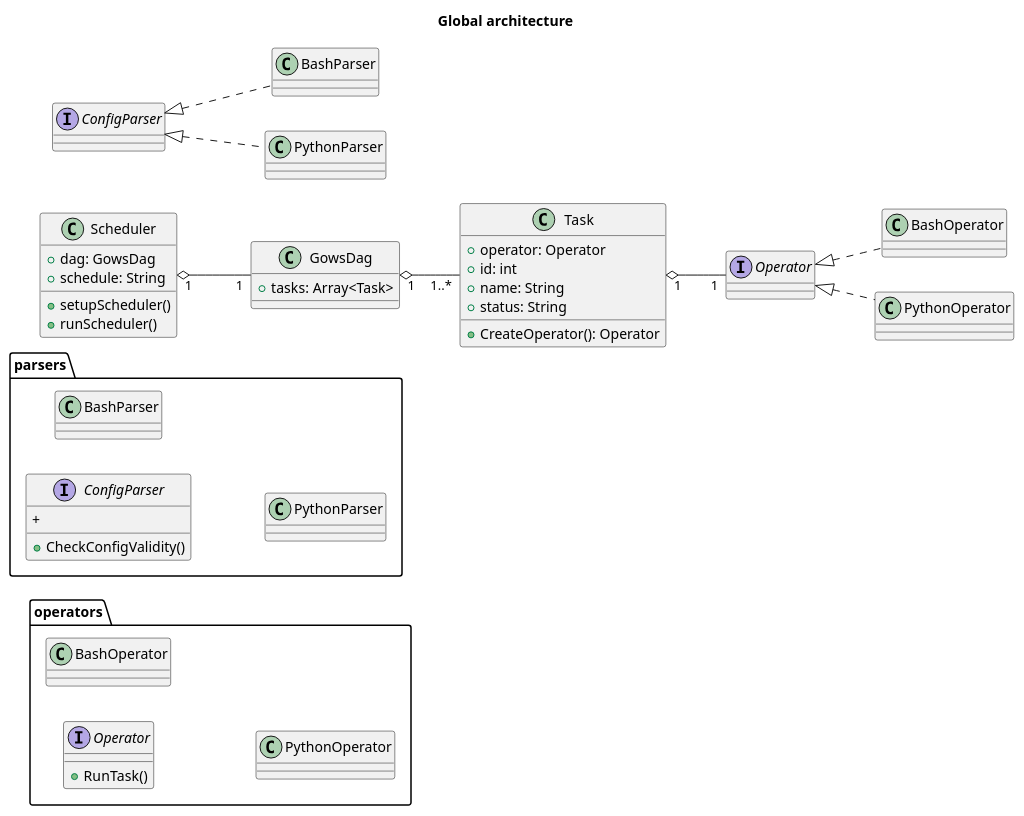
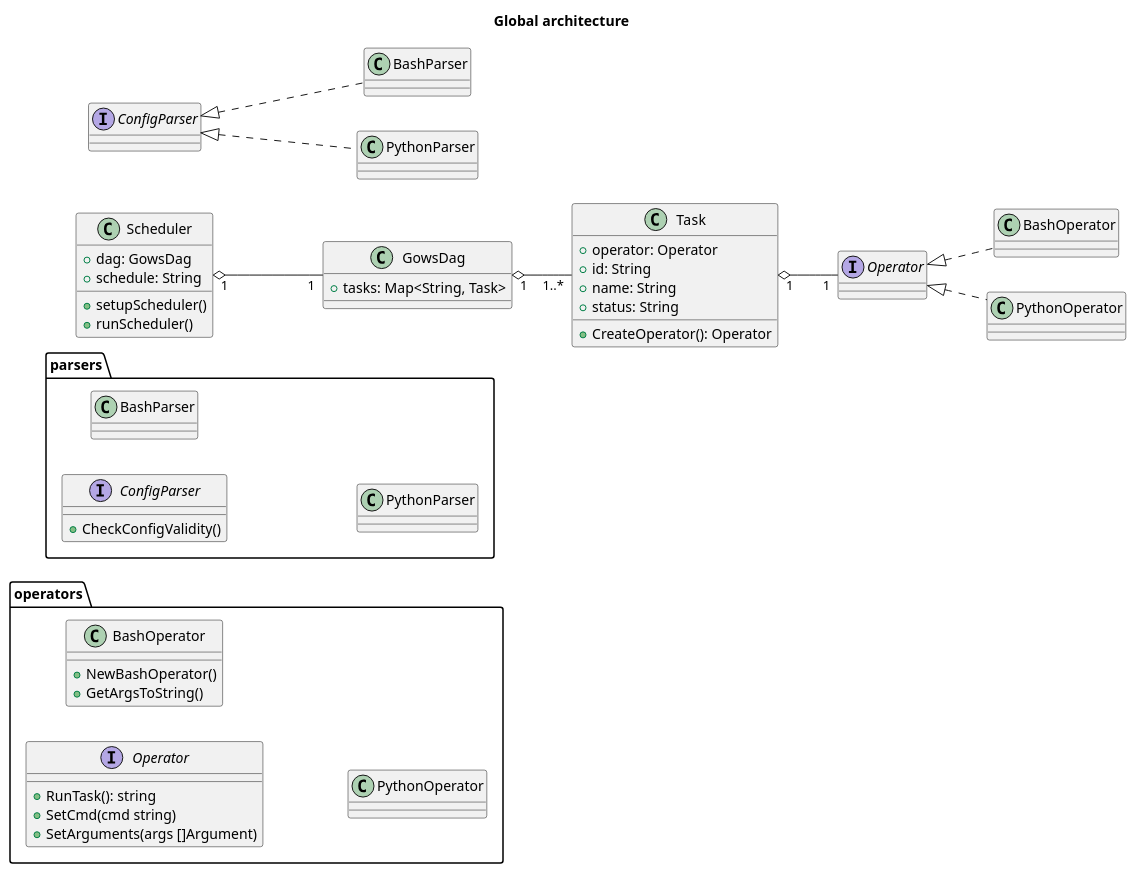
One commit to Fszta/Gows changed the diagram in images/src/global_archi.wsd. Above: the diagram before and after it, drawn with PlantUML. The commit also changed 6 other files, not shown here.

Commit message:
Implementation of bash_operator with unit testing, operator interface outside of the operator_factory

```diff
--- a/images/src/global_archi.wsd
+++ b/images/src/global_archi.wsd
@@ -1,66 +1,69 @@
 @startuml
 
 title Global architecture
 
 left to right direction
 
 package operators {
     interface Operator {
-        +RunTask()
+        +RunTask(): string
+	    +SetCmd(cmd string)
+	    +SetArguments(args []Argument)
     }
 
     class BashOperator {
+        +NewBashOperator()
+        +GetArgsToString()
     }
 
     class PythonOperator {
 
     }
 }
 
 package parsers {
     interface ConfigParser {
         +CheckConfigValidity()
-        +
     }
     class BashParser {
 
     }
     class PythonParser {
 
     }
 
 }
 
 class GowsDag {
-    +tasks: Array<Task>
+    +tasks: Map<String, Task>
 }
 
 class Task {
     +operator: Operator
-    +id: int
+    +id: String
     +name: String
     +status: String
     +CreateOperator(): Operator
 }
 
 class Scheduler {
     +dag: GowsDag
     +schedule: String
     +setupScheduler()
     +runScheduler()
 }
 
 
 
 class BashOperator implements Operator
 class PythonOperator implements Operator
 
 class BashParser implements ConfigParser
 class PythonParser implements ConfigParser
 
 Scheduler "1" o-- "1" GowsDag
 
 GowsDag "1" o-- "1..*" Task
 Task "1" o-- "1" Operator
 
 @enduml
```
